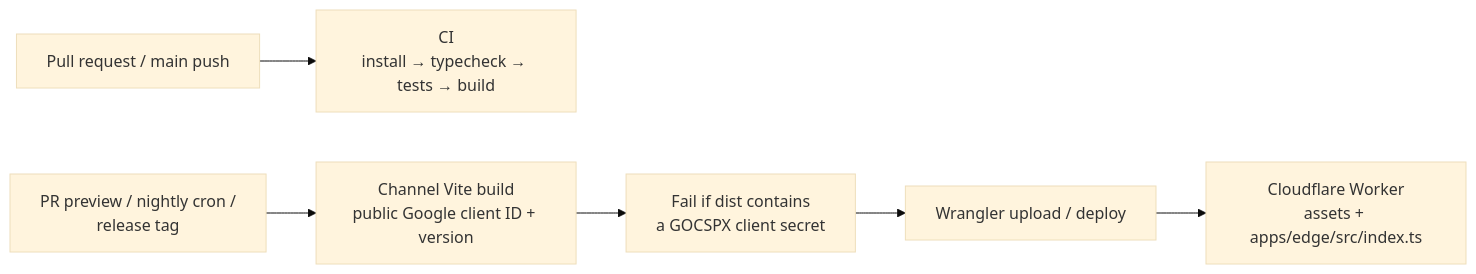
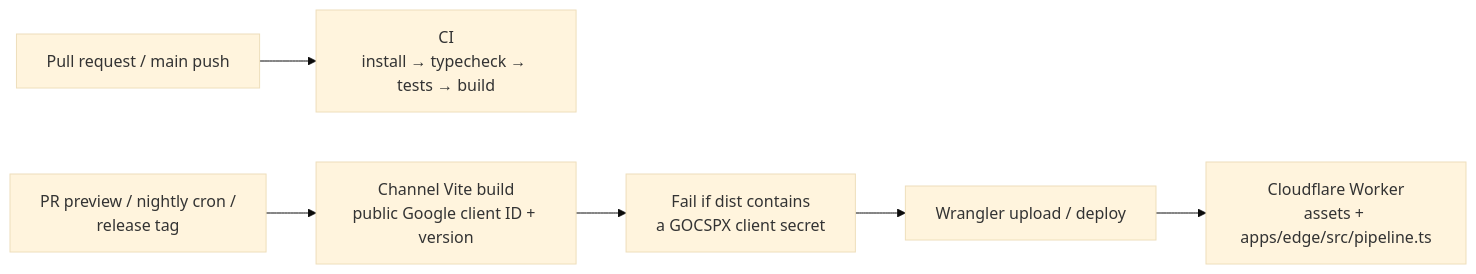
Before and after one commit to krmznkr/julian: the sixth of 6 diagrams in docs/architecture.md, drawn with Mermaid (base theme). The commit also changed other lines of this file and 59 other files, not shown here.

````diff
--- a/docs/architecture.md
+++ b/docs/architecture.md
@@ -317,13 +319,13 @@
 ```mermaid
 flowchart LR
   pr["Pull request / main push"]
   ci["CI<br/>install → typecheck → tests → build"]
   trigger["PR preview / nightly cron /<br/>release tag"]
   prodBuild["Channel Vite build<br/>public Google client ID + version"]
   secretScan["Fail if dist contains<br/>a GOCSPX client secret"]
   wrangler["Wrangler upload / deploy"]
-  worker["Cloudflare Worker<br/>assets + apps/edge/src/index.ts"]
+  worker["Cloudflare Worker<br/>assets + apps/edge/src/pipeline.ts"]
 
   pr --> ci
   trigger --> prodBuild --> secretScan --> wrangler --> worker
 ```
````
